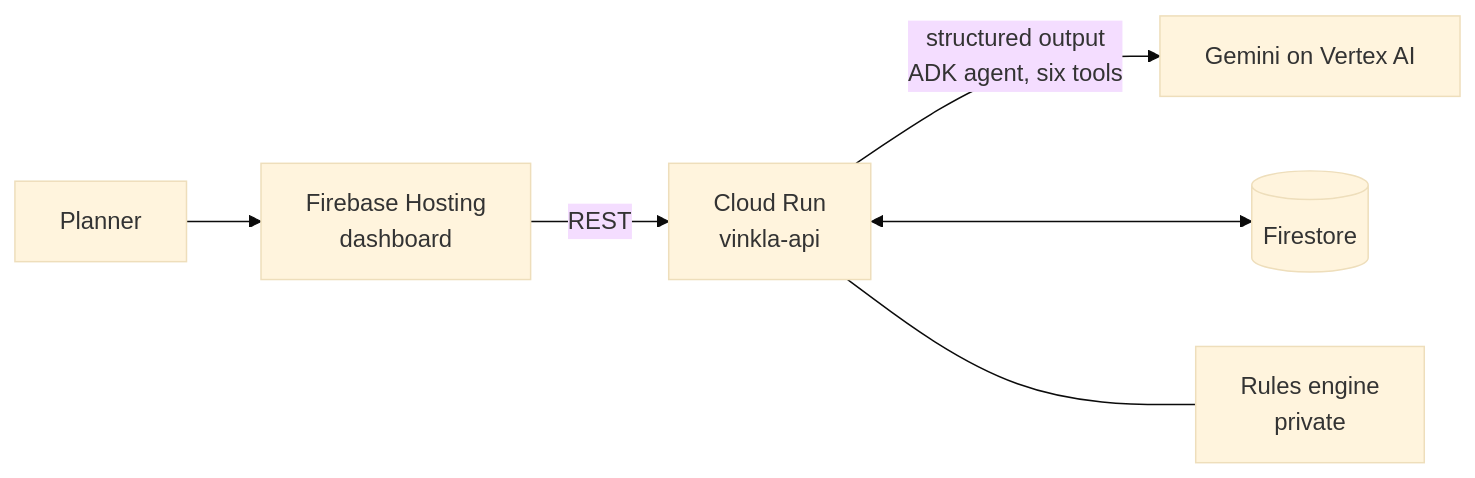
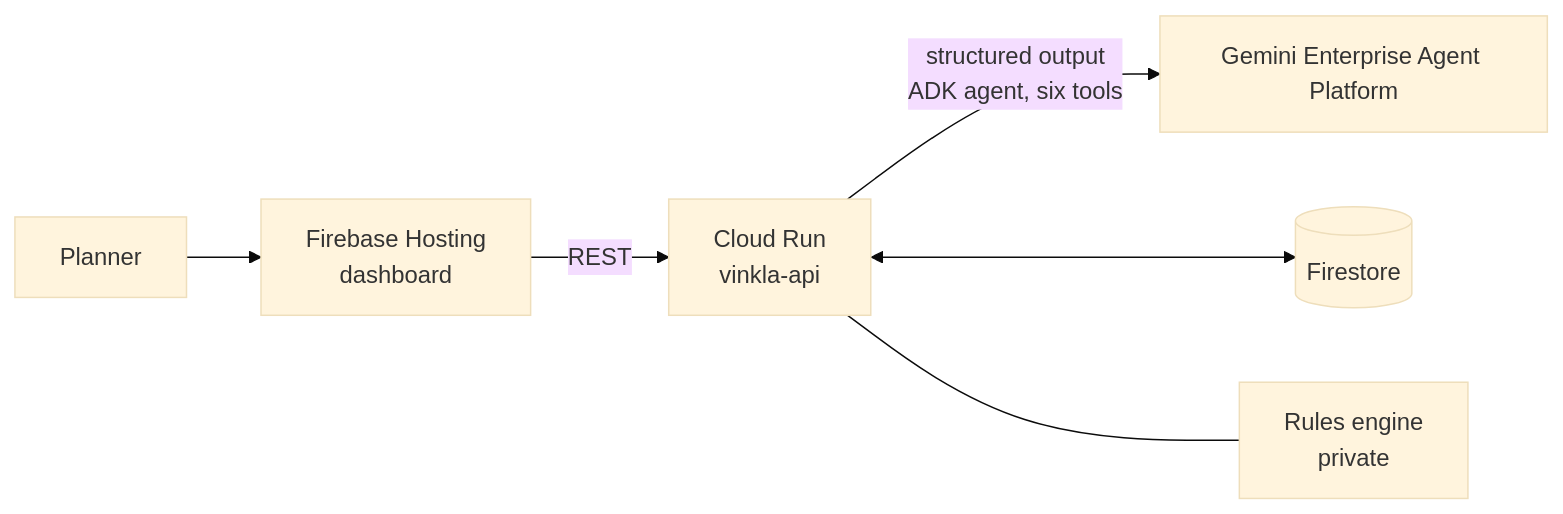
One commit to petrademia/vinkla-ai-builder-cup changed the diagram in README.md. Above: the diagram before and after it, drawn with Mermaid (base theme). The commit also changed other lines of this file and 1 other file, not shown here.

Commit message:
Docs: use the Gemini Enterprise Agent Platform name

````diff
--- a/README.md
+++ b/README.md
@@ -37,8 +37,8 @@
 ```mermaid
 flowchart LR
   P[Planner] --> H[Firebase Hosting<br>dashboard]
   H -->|REST| A[Cloud Run<br>vinkla-api]
-  A -->|structured output<br>ADK agent, six tools| G[Gemini on Vertex AI]
+  A -->|structured output<br>ADK agent, six tools| G[Gemini Enterprise Agent Platform]
   A <--> F[(Firestore)]
   A --- R[Rules engine<br>private]
 ```
````
